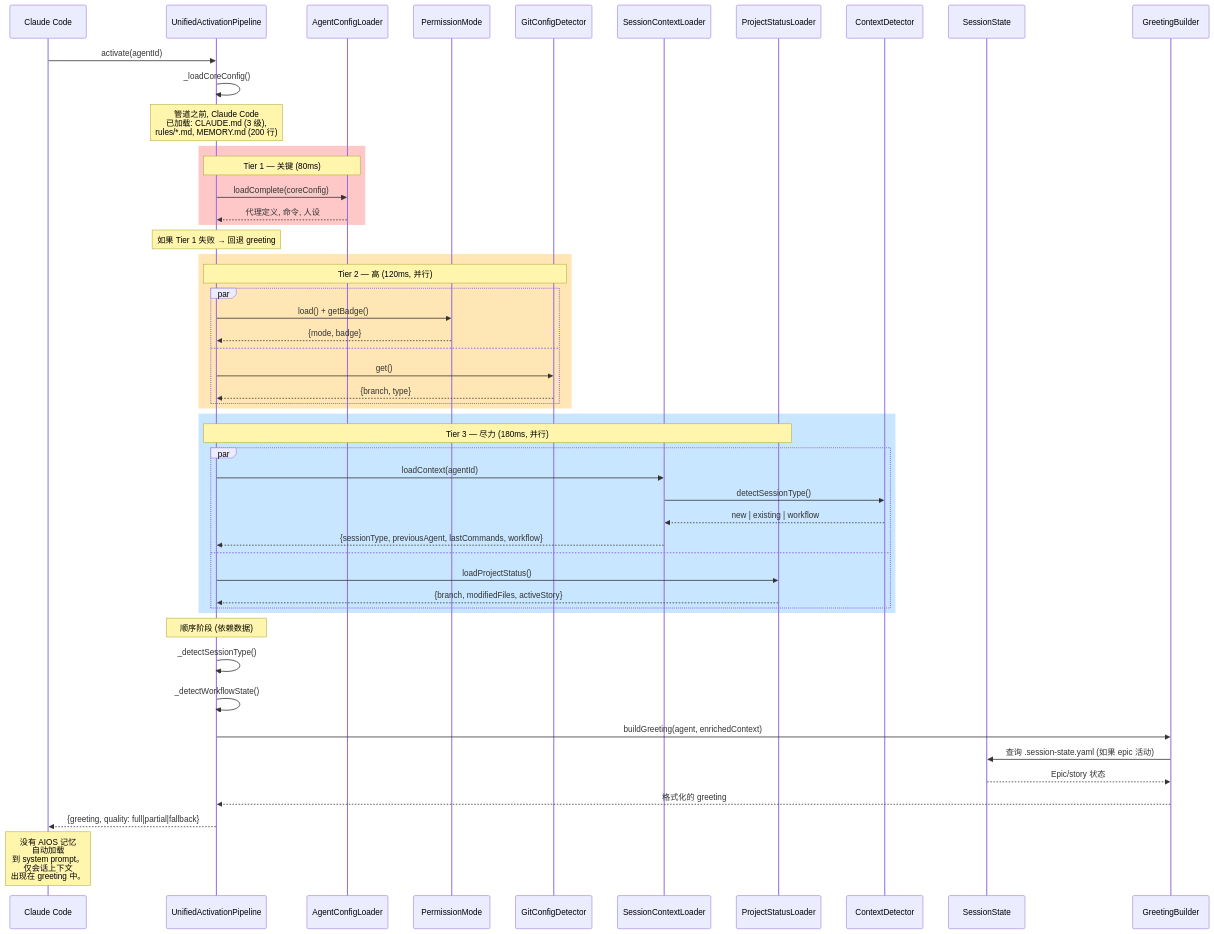
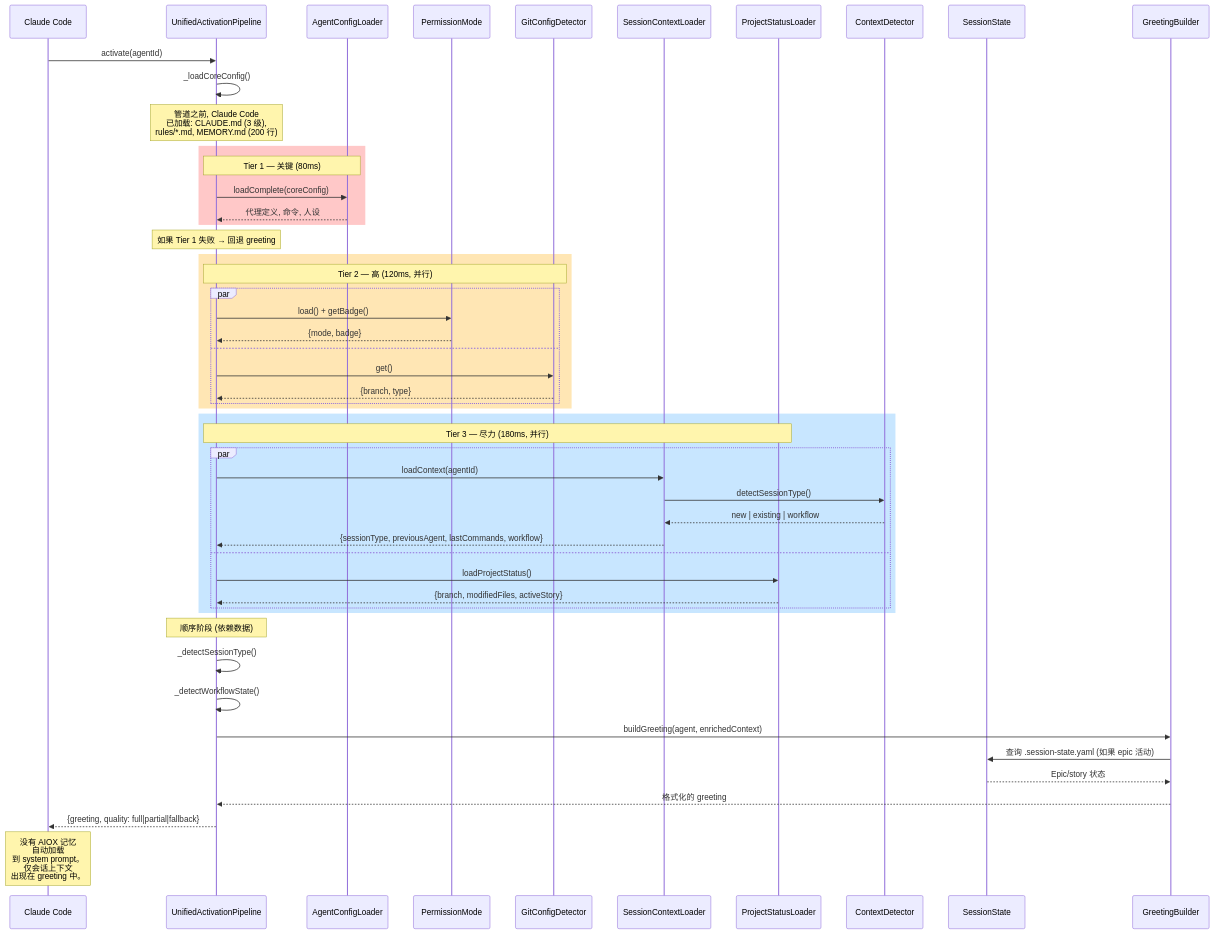
Before and after one commit to brunajunckes/aiox-core: the eighth of 18 diagrams in docs/zh/guides/MEMORY-SYSTEM.md, drawn with Mermaid. The commit also changed other lines of this file and 3446 other files, not shown here.

First line of the commit message:
chore: rebrand aios → aiox across entire codebase (#552)

````diff
--- a/docs/zh/guides/MEMORY-SYSTEM.md
+++ b/docs/zh/guides/MEMORY-SYSTEM.md
@@ -368,64 +368,64 @@
 ```mermaid
 sequenceDiagram
     participant CC as Claude Code
     participant UAP as UnifiedActivationPipeline
     participant ACL as AgentConfigLoader
     participant PM as PermissionMode
     participant GCD as GitConfigDetector
     participant SCL as SessionContextLoader
     participant PSL as ProjectStatusLoader
     participant CD as ContextDetector
     participant SS as SessionState
     participant GB as GreetingBuilder
 
     CC->>UAP: activate(agentId)
     UAP->>UAP: _loadCoreConfig()
 
     Note over UAP: 管道之前, Claude Code<br/>已加载: CLAUDE.md (3 级),<br/>rules/*.md, MEMORY.md (200 行)
 
     rect rgb(255, 200, 200)
         Note over UAP,ACL: Tier 1 — 关键 (80ms)
         UAP->>ACL: loadComplete(coreConfig)
         ACL-->>UAP: 代理定义, 命令, 人设
     end
 
     Note over UAP: 如果 Tier 1 失败 → 回退 greeting
 
     rect rgb(255, 230, 180)
         Note over UAP,GCD: Tier 2 — 高 (120ms, 并行)
         par
             UAP->>PM: load() + getBadge()
             PM-->>UAP: {mode, badge}
         and
             UAP->>GCD: get()
             GCD-->>UAP: {branch, type}
         end
     end
 
     rect rgb(200, 230, 255)
         Note over UAP,PSL: Tier 3 — 尽力 (180ms, 并行)
         par
             UAP->>SCL: loadContext(agentId)
             SCL->>CD: detectSessionType()
             CD-->>SCL: new | existing | workflow
             SCL-->>UAP: {sessionType, previousAgent, lastCommands, workflow}
         and
             UAP->>PSL: loadProjectStatus()
             PSL-->>UAP: {branch, modifiedFiles, activeStory}
         end
     end
 
     Note over UAP: 顺序阶段 (依赖数据)
 
     UAP->>UAP: _detectSessionType()
     UAP->>UAP: _detectWorkflowState()
 
     UAP->>GB: buildGreeting(agent, enrichedContext)
     GB->>SS: 查询 .session-state.yaml (如果 epic 活动)
     SS-->>GB: Epic/story 状态
     GB-->>UAP: 格式化的 greeting
 
     UAP-->>CC: {greeting, quality: full|partial|fallback}
 
-    Note over CC: 没有 AIOS 记忆<br/>自动加载<br/>到 system prompt。<br/>仅会话上下文<br/>出现在 greeting 中。
+    Note over CC: 没有 AIOX 记忆<br/>自动加载<br/>到 system prompt。<br/>仅会话上下文<br/>出现在 greeting 中。
 ```
````
